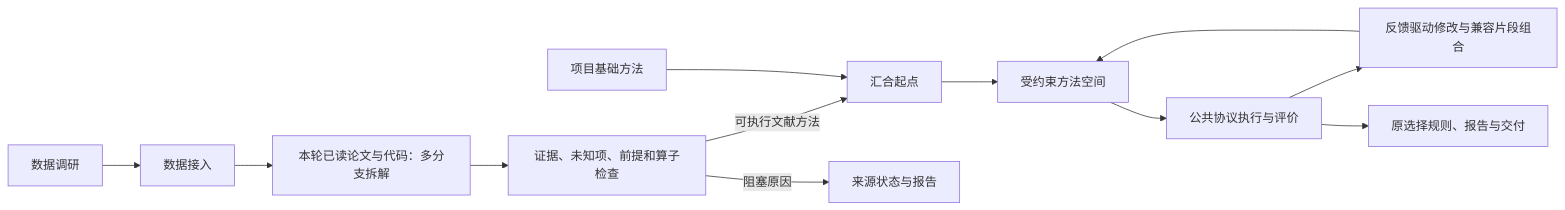
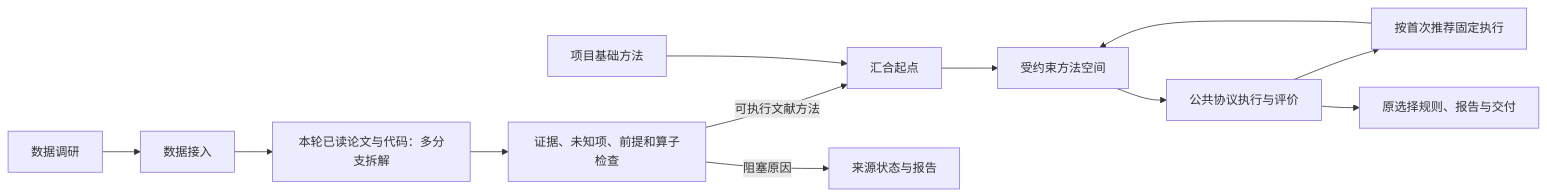
Before and after one commit to onford/BrainAgent: the diagram in docs/literature-method-mainflow.md, drawn with Mermaid. The commit also changed other lines of this file and 76 other files, not shown here.

````diff
--- a/docs/literature-method-mainflow.md
+++ b/docs/literature-method-mainflow.md
@@ -5,14 +6,14 @@
 ```mermaid
 flowchart LR
   A[数据调研] --> B[数据接入]
   B --> C[本轮已读论文与代码：多分支拆解]
   C --> D[证据、未知项、前提和算子检查]
   D -->|可执行文献方法| E[汇合起点]
   F[项目基础方法] --> E
   D -->|阻塞原因| R[来源状态与报告]
   E --> G[受约束方法空间]
   G --> H[公共协议执行与评价]
-  H --> I[反馈驱动修改与兼容片段组合]
+  H --> I[按首次推荐固定执行]
   I --> G
   H --> J[原选择规则、报告与交付]
 ```
````
